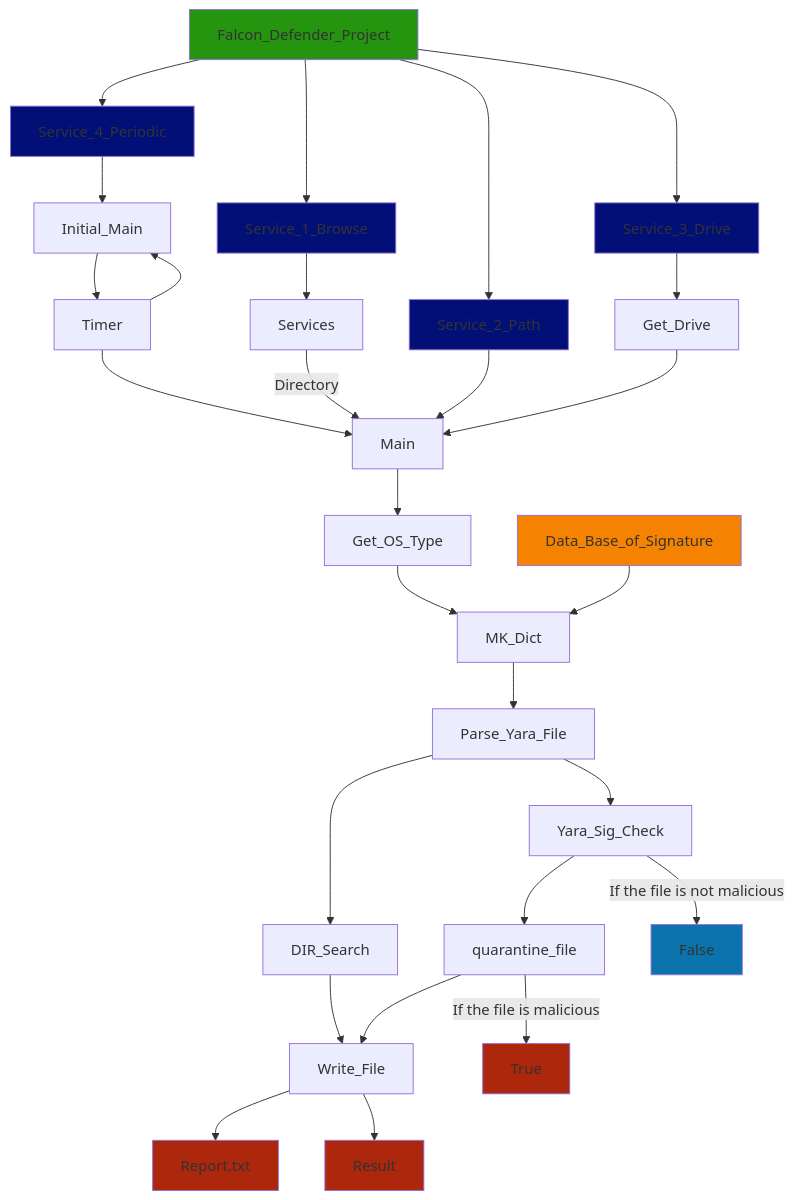
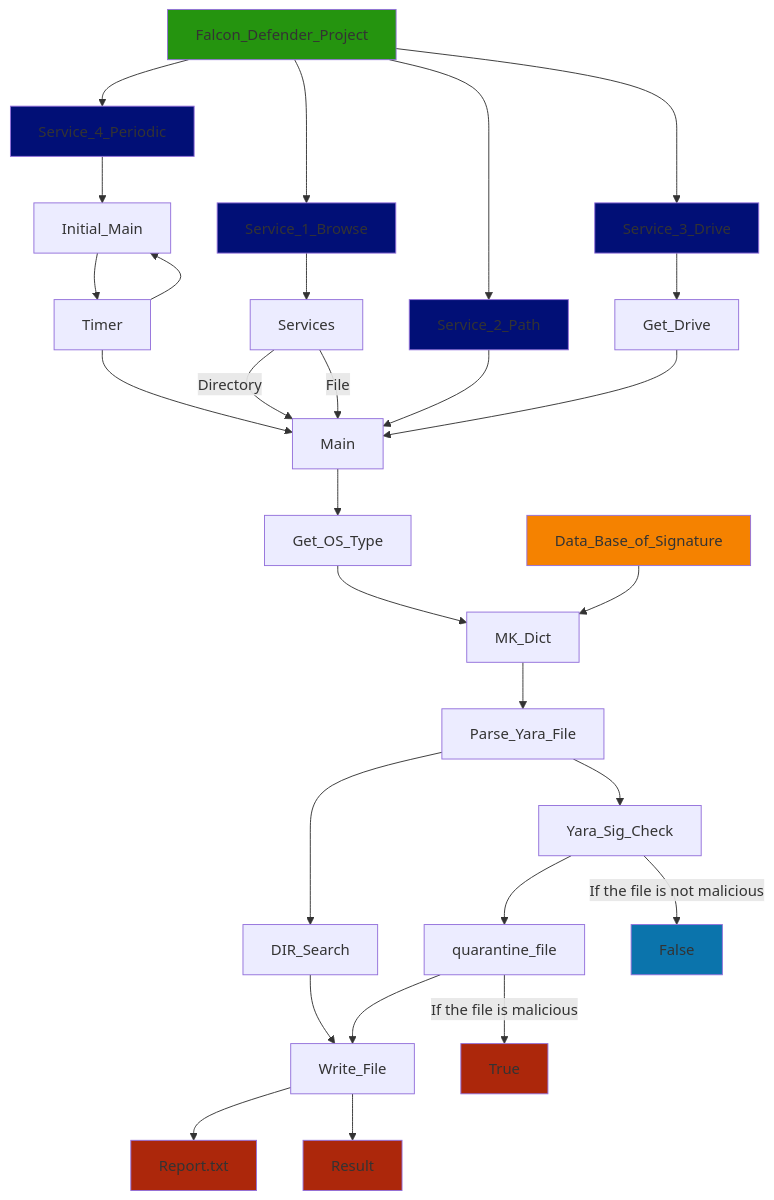
One commit to AyhamAsfoor/Falcon_Defender changed the diagram in README.md. Above: the diagram before and after it, drawn with Mermaid.

````diff
--- a/README.md
+++ b/README.md
@@ -68,40 +68,41 @@
 ```mermaid
 graph TD;
    Falcon_Defender_Project-->Service_1_Browse;
    Service_1_Browse-->Services;
    Falcon_Defender_Project-->Service_2_Path;
    Falcon_Defender_Project-->Service_3_Drive;
    Service_3_Drive-->Get_Drive;
    Falcon_Defender_Project-->Service_4_Periodic;
    Service_4_Periodic-->Initial_Main;
    Initial_Main-->Timer;
    Timer-->Initial_Main;
    Timer-->Main;
-   Services-->|Directory |Main;
+   Services-->|Directory| Main;
+   Services-->|File| Main;
    Service_2_Path-->Main;
    Get_Drive-->Main;
    Main-->Get_OS_Type;
    Get_OS_Type-->MK_Dict;
    Data_Base_of_Signature-->MK_Dict;
    MK_Dict-->Parse_Yara_File;
    Parse_Yara_File-->DIR_Search;
    Parse_Yara_File-->Yara_Sig_Check;
    DIR_Search-->Write_File;
    Yara_Sig_Check-->quarantine_file;
    quarantine_file-->Write_File;
    Yara_Sig_Check-->|If the file is not malicious| False;
    quarantine_file-->|If the file is malicious| True;
    Write_File-->Report_txt[Report.txt];
    Write_File-->Result[Result];
 
    style Falcon_Defender_Project fill:#25940f;
    style Service_1_Browse fill:#010f76;
    style Service_2_Path fill:#010f76;
    style Service_3_Drive fill:#010f76;
    style Service_4_Periodic fill:#010f76;
    style Data_Base_of_Signature fill:#f58200;
    style Report_txt fill:#ac270b;
    style Result fill:#ac270b;
    style True fill:#ac270b;
    style False fill:#0b74ac;
 ```
````
